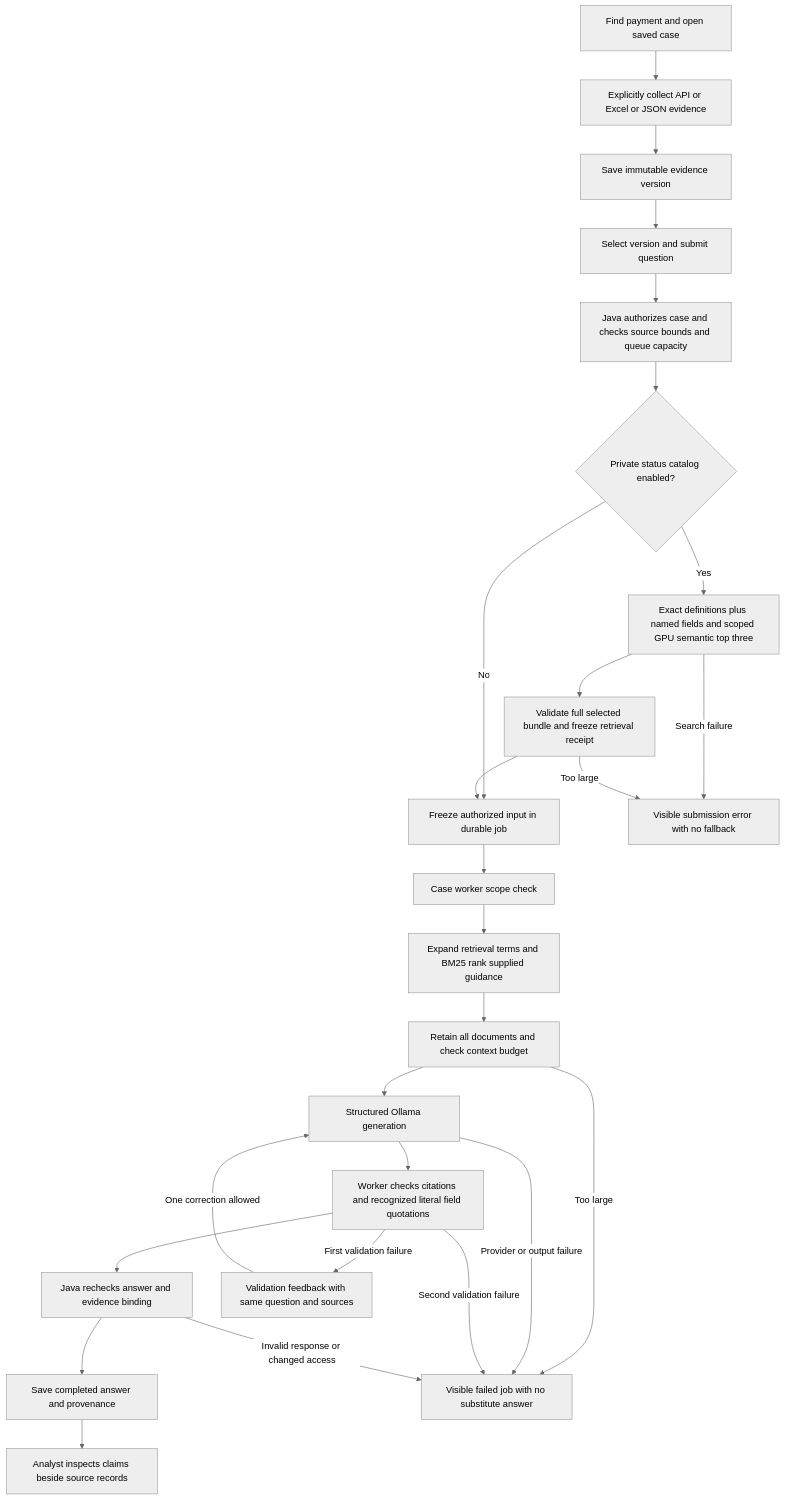
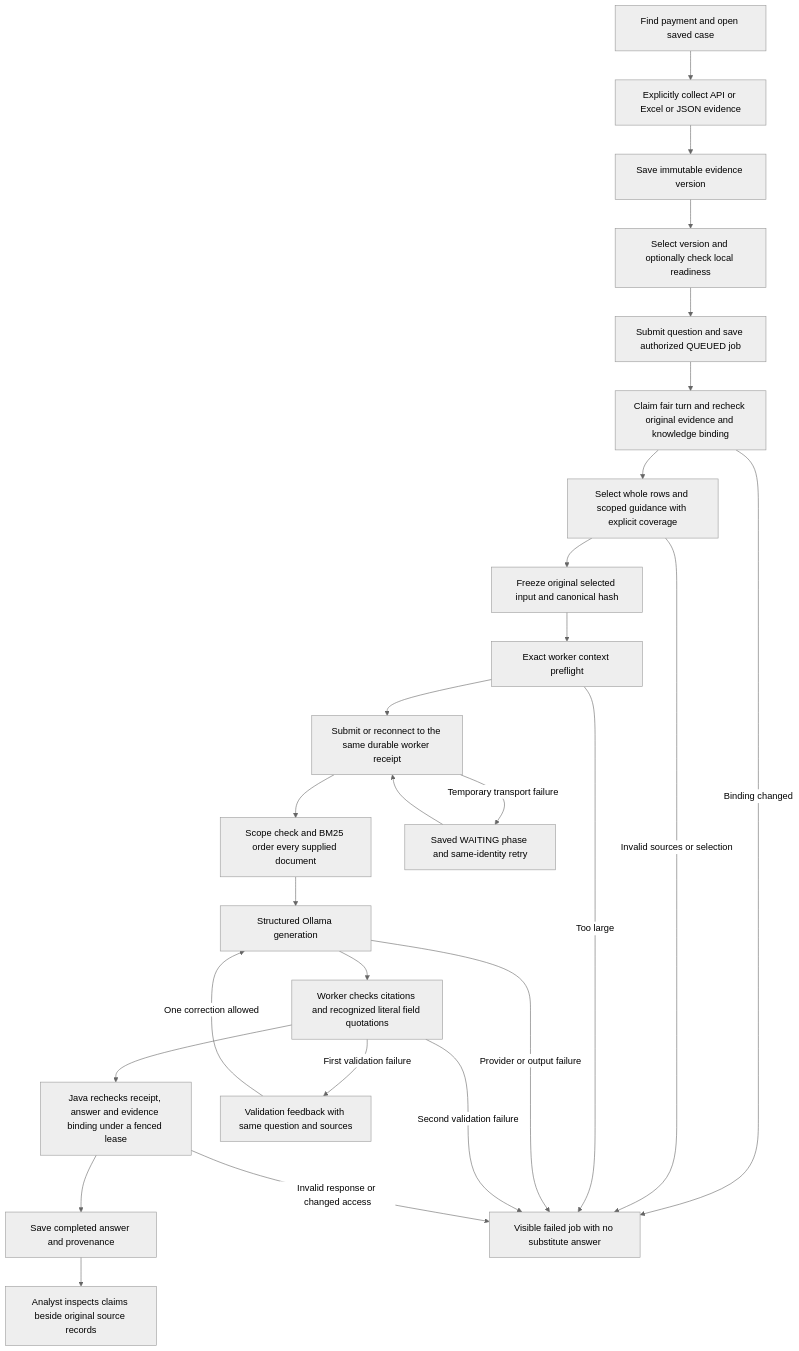
The diagram in docs/CASE_RAG.md (pratikmraut/payment-operations-investigator), drawn with Mermaid (neutral theme) before and after one commit. The commit also changed other lines of this file and 145 other files, not shown here.

First line of the commit message:
feat: harden payment case workflows and durable investigations

````diff
--- a/docs/CASE_RAG.md
+++ b/docs/CASE_RAG.md
@@ -56,55 +31,28 @@
 ```mermaid
-
 flowchart TD
-
     A[Find payment and open saved case] --> B[Explicitly collect API or Excel or JSON evidence]
-
     B --> C[Save immutable evidence version]
-
-    C --> D[Select version and submit question]
-
-    D --> R[Java authorizes case and checks source bounds and queue capacity]
-
-    R --> S{Private status catalog enabled?}
-
-    S -->|Yes| T[Exact definitions plus named fields and scoped GPU semantic top three]
-
-    S -->|No| E[Freeze authorized input in durable job]
-
-    T --> U[Validate full selected bundle and freeze retrieval receipt]
-
-    U --> E
-
-    T -->|Search failure| V[Visible submission error with no fallback]
-
-    U -->|Too large| V
-
-    E --> F[Case worker scope check]
-
-    F --> G[Expand retrieval terms and BM25 rank supplied guidance]
-
-    G --> H[Retain all documents and check context budget]
-
+    C --> D[Select version and optionally check local readiness]
+    D --> R[Submit question and save authorized QUEUED job]
+    R --> S[Claim fair turn and recheck original evidence and knowledge binding]
+    S --> T[Select whole rows and scoped guidance with explicit coverage]
+    T --> E[Freeze original selected input and canonical hash]
+    E --> F[Exact worker context preflight]
+    F --> G[Submit or reconnect to the same durable worker receipt]
+    G --> H[Scope check and BM25 order every supplied document]
     H --> I[Structured Ollama generation]
-
     I --> J[Worker checks citations and recognized literal field quotations]
-
-    J --> K[Java rechecks answer and evidence binding]
-
+    J --> K[Java rechecks receipt, answer and evidence binding under a fenced lease]
     K --> L[Save completed answer and provenance]
-
-    L --> M[Analyst inspects claims beside source records]
-
-    H -->|Too large| N[Visible failed job with no substitute answer]
-
+    L --> M[Analyst inspects claims beside original source records]
+    S -->|Binding changed| N[Visible failed job with no substitute answer]
+    T -->|Invalid sources or selection| N
+    F -->|Too large| N
+    G -->|Temporary transport failure| W[Saved WAITING phase and same-identity retry]
+    W --> G
     I -->|Provider or output failure| N
-
     J -->|First validation failure| O[Validation feedback with same question and sources]
-
     O -->|One correction allowed| I
-
     J -->|Second validation failure| N
-
     K -->|Invalid response or changed access| N
-
 ```
````
